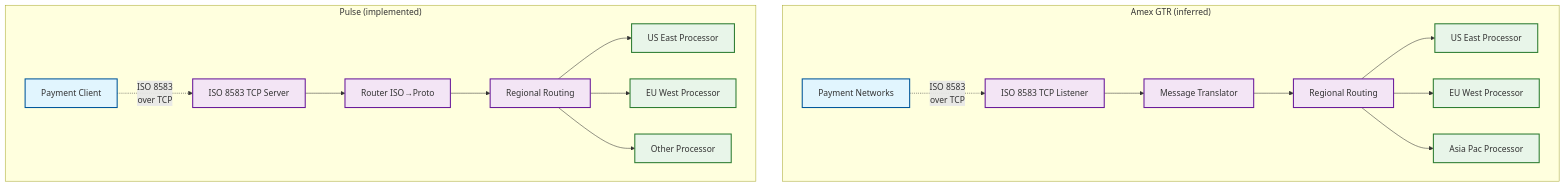
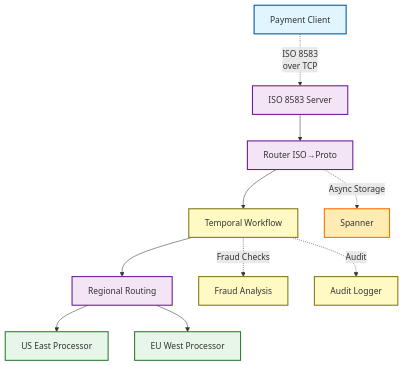
The first of 3 diagrams in art/article.md (TFMV/pulse), drawn with Mermaid before and after one commit. The commit also changed other lines of this file and 11 other files, not shown here.

````diff
--- a/art/article.md
+++ b/art/article.md
@@ -29,40 +23,26 @@
 ```mermaid
 graph TD
     classDef external fill:#e1f5fe,stroke:#01579b,stroke-width:2px
     classDef internal fill:#f3e5f5,stroke:#6a1b9a,stroke-width:2px
     classDef processor fill:#e8f5e9,stroke:#2e7d32,stroke-width:2px
+    classDef storage fill:#ffecb3,stroke:#ff6f00,stroke-width:2px
+    classDef workflow fill:#fff9c4,stroke:#827717,stroke-width:2px
     
-    subgraph AmexGTR["Amex GTR (inferred)"]
-        A1[Payment Networks] -.ISO 8583<br>over TCP.-> A2
-        A2[ISO 8583 TCP Listener] --> A3
-        A3[Message Translator] --> A4
-        A4[Regional Routing] --> A5
-        A4 --> A6
-        A4 --> A7
-        
-        A5[US East Processor]
-        A6[EU West Processor]
-        A7[Asia Pac Processor]
-        
-        class A1 external
-        class A2,A3,A4 internal
-        class A5,A6,A7 processor
-    end
+    A1[Payment Client] -.ISO 8583<br>over TCP.-> A2
+    A2[ISO 8583 Server] --> A3
+    A3[Router ISO→Proto] --> A8
+    A8[Temporal Workflow] --> A4
+    A4[Regional Routing] --> A5
+    A4 --> A6
+    A5[US East Processor]
+    A6[EU West Processor]
+    A8 -.->|Fraud Checks| A9[Fraud Analysis]
+    A8 -.->|Audit| A10[Audit Logger]
+    A3 -.->|Async Storage| A7[Spanner]
     
-    subgraph PulseImpl["Pulse (implemented)"]
-        B1[Payment Client] -.ISO 8583<br>over TCP.-> B2
-        B2[ISO 8583 TCP Server] --> B3
-        B3[Router ISO→Proto] --> B4
-        B4[Regional Routing] --> B5
-        B4 --> B6
-        B4 --> B7
-        
-        B5[US East Processor]
-        B6[EU West Processor]
-        B7[Other Processor]
-        
-        class B1 external
-        class B2,B3,B4 internal
-        class B5,B6,B7 processor
-    end
+    class A1 external
+    class A2,A3,A4 internal
+    class A5,A6 processor
+    class A7 storage
+    class A8,A9,A10 workflow
 ```
````
